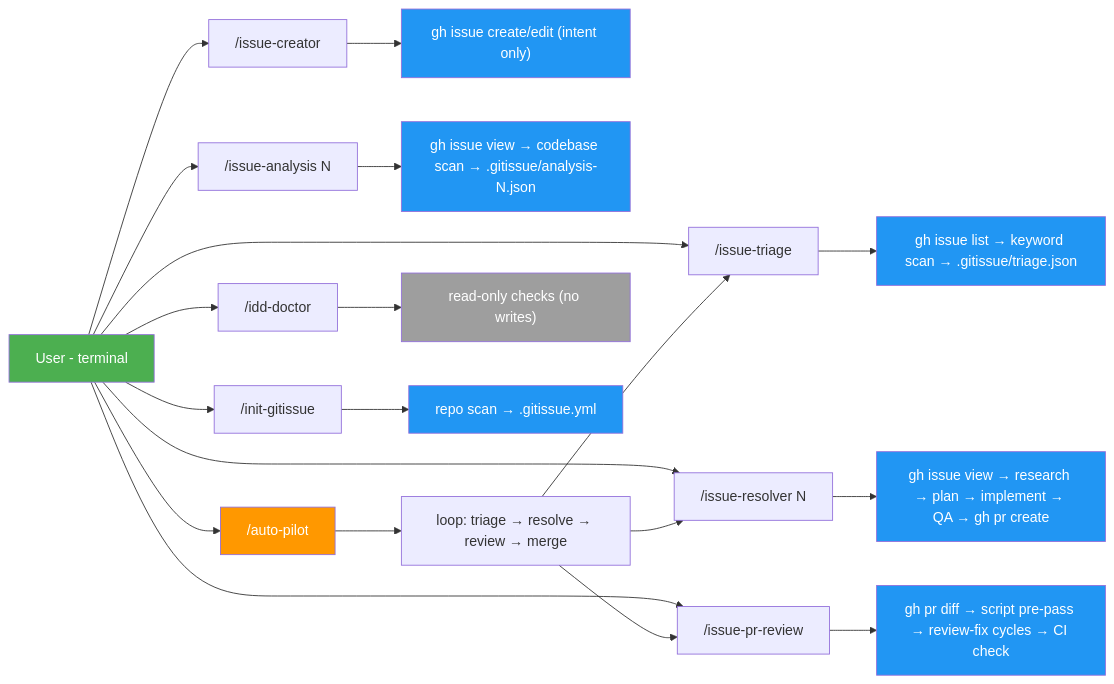
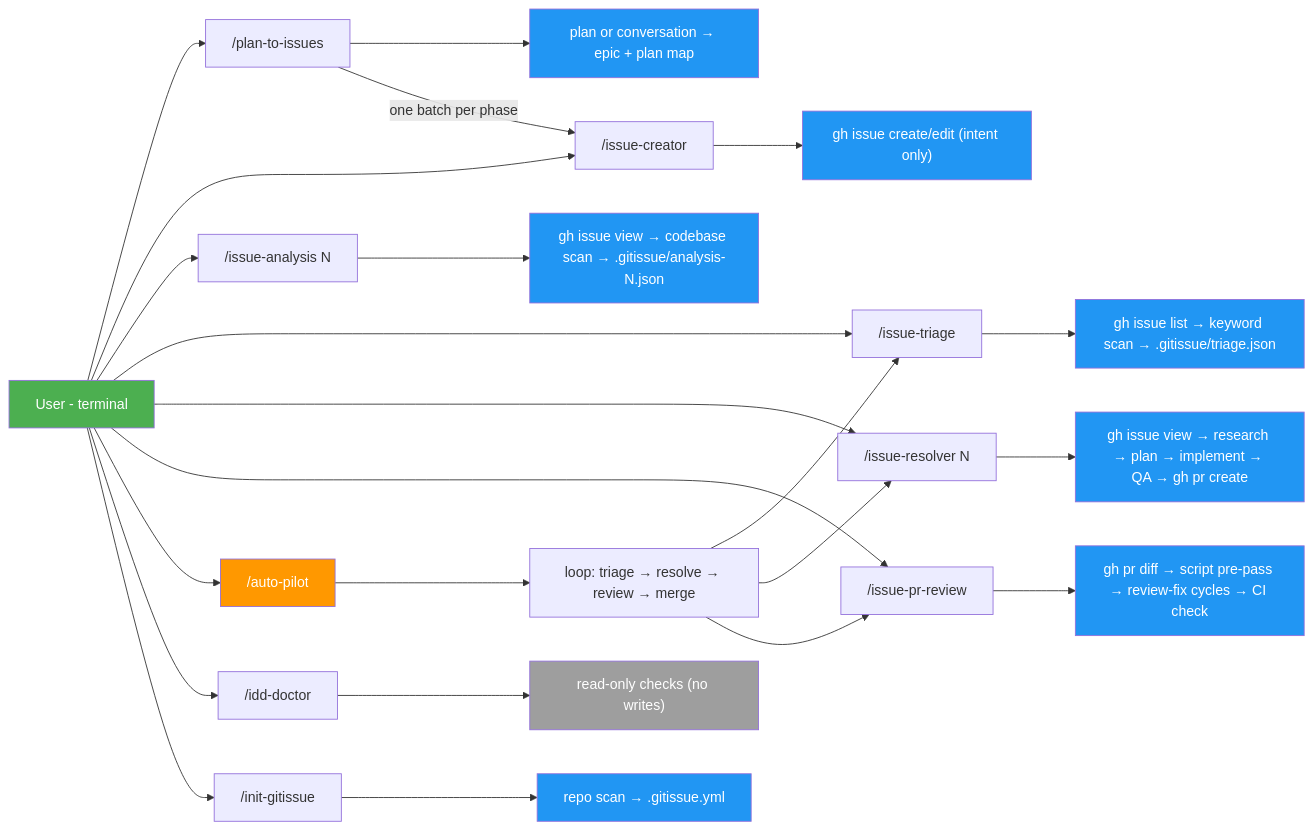
Before and after one commit to luongnv89/idd: the first of 4 diagrams in docs/ARCHITECTURE.md, drawn with Mermaid. The commit also changed other lines of this file and 71 other files, not shown here.

First line of the commit message:
feat(skills): move plan-to-issues into idd as a public skill (#502) (#504)

````diff
--- a/docs/ARCHITECTURE.md
+++ b/docs/ARCHITECTURE.md
@@ -11,33 +11,37 @@
 ```mermaid
 graph LR
-    U[User - terminal] --> IC["/issue-creator"]
+    U[User - terminal] --> PI["/plan-to-issues"]
+    U --> IC["/issue-creator"]
     U --> IA["/issue-analysis N"]
     U --> IT["/issue-triage"]
     U --> IR["/issue-resolver N"]
     U --> PR["/issue-pr-review"]
     U --> AP["/auto-pilot"]
     U --> ID["/idd-doctor"]
     U --> IG["/init-gitissue"]
 
+    PI --> G8["plan or conversation → epic + plan map"]
+    PI --> |"one batch per phase"| IC
     IC --> G1["gh issue create/edit (intent only)"]
     IA --> G5["gh issue view → codebase scan → .gitissue/analysis-N.json"]
     IT --> G3["gh issue list → keyword scan → .gitissue/triage.json"]
     IR --> G2["gh issue view → research → plan → implement → QA → gh pr create"]
     PR --> G6["gh pr diff → script pre-pass → review-fix cycles → CI check"]
     AP --> AP2["loop: triage → resolve → review → merge"]
     AP2 --> IT
     AP2 --> IR
     AP2 --> PR
     ID --> G7["read-only checks (no writes)"]
     IG --> G4["repo scan → .gitissue.yml"]
 
     style U fill:#4CAF50,color:#fff
     style AP fill:#FF9800,color:#fff
     style G1 fill:#2196F3,color:#fff
     style G2 fill:#2196F3,color:#fff
     style G3 fill:#2196F3,color:#fff
     style G4 fill:#2196F3,color:#fff
     style G5 fill:#2196F3,color:#fff
     style G6 fill:#2196F3,color:#fff
     style G7 fill:#9E9E9E,color:#fff
+    style G8 fill:#2196F3,color:#fff
 ```
````
